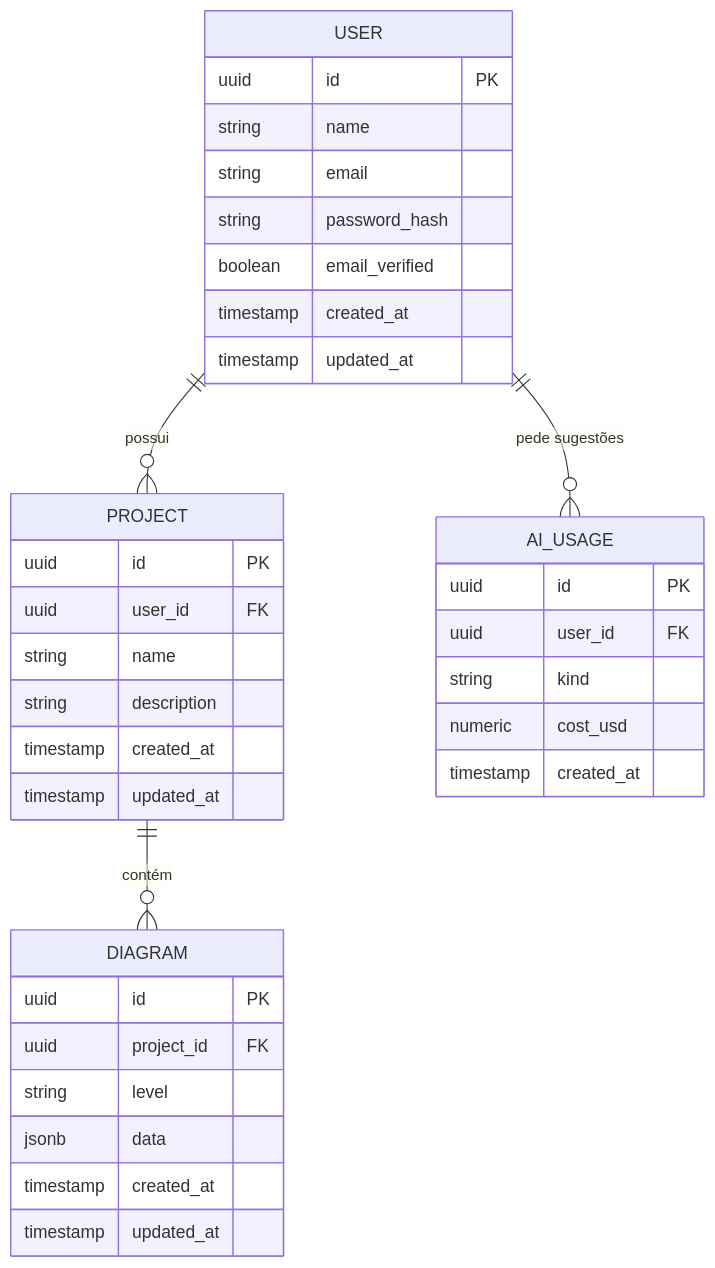
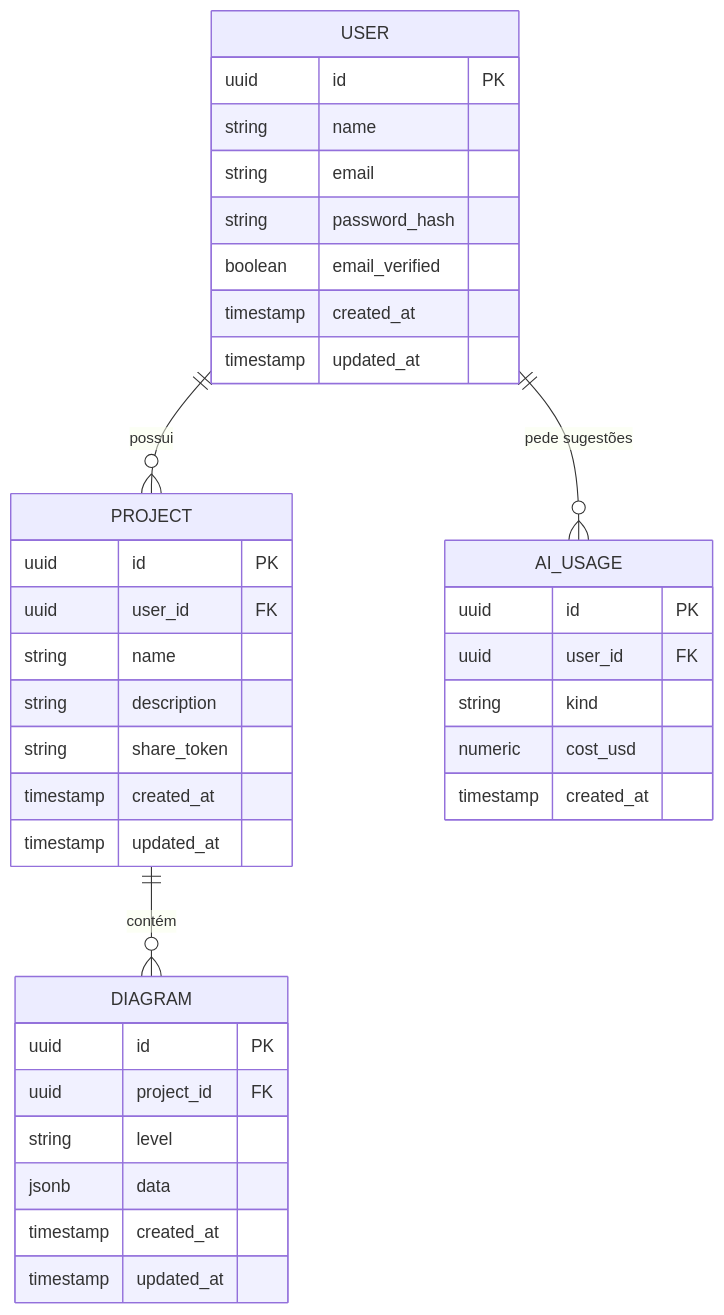
The diagram in RFC/capitulo-5/5.2-modelo-de-dados.md (JGTamanini/C4Diagrams), drawn with Mermaid before and after one commit. The commit also changed other lines of this file and 50 other files, not shown here.

````diff
--- a/RFC/capitulo-5/5.2-modelo-de-dados.md
+++ b/RFC/capitulo-5/5.2-modelo-de-dados.md
@@ -9,42 +9,43 @@
 ```mermaid
 erDiagram
     USER {
         uuid id PK
         string name
         string email
         string password_hash
         boolean email_verified
         timestamp created_at
         timestamp updated_at
     }
 
     PROJECT {
         uuid id PK
         uuid user_id FK
         string name
         string description
+        string share_token
         timestamp created_at
         timestamp updated_at
     }
 
     DIAGRAM {
         uuid id PK
         uuid project_id FK
         string level
         jsonb data
         timestamp created_at
         timestamp updated_at
     }
 
     AI_USAGE {
         uuid id PK
         uuid user_id FK
         string kind
         numeric cost_usd
         timestamp created_at
     }
 
     USER ||--o{ PROJECT : "possui"
     PROJECT ||--o{ DIAGRAM : "contém"
     USER ||--o{ AI_USAGE : "pede sugestões"
 ```
````
